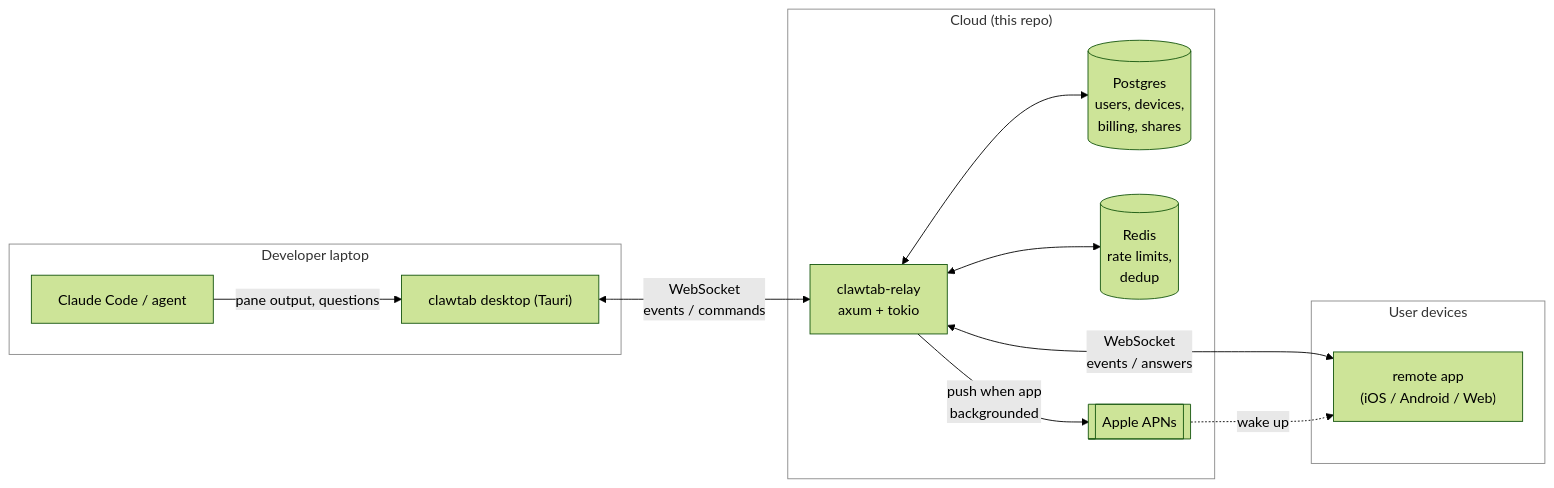
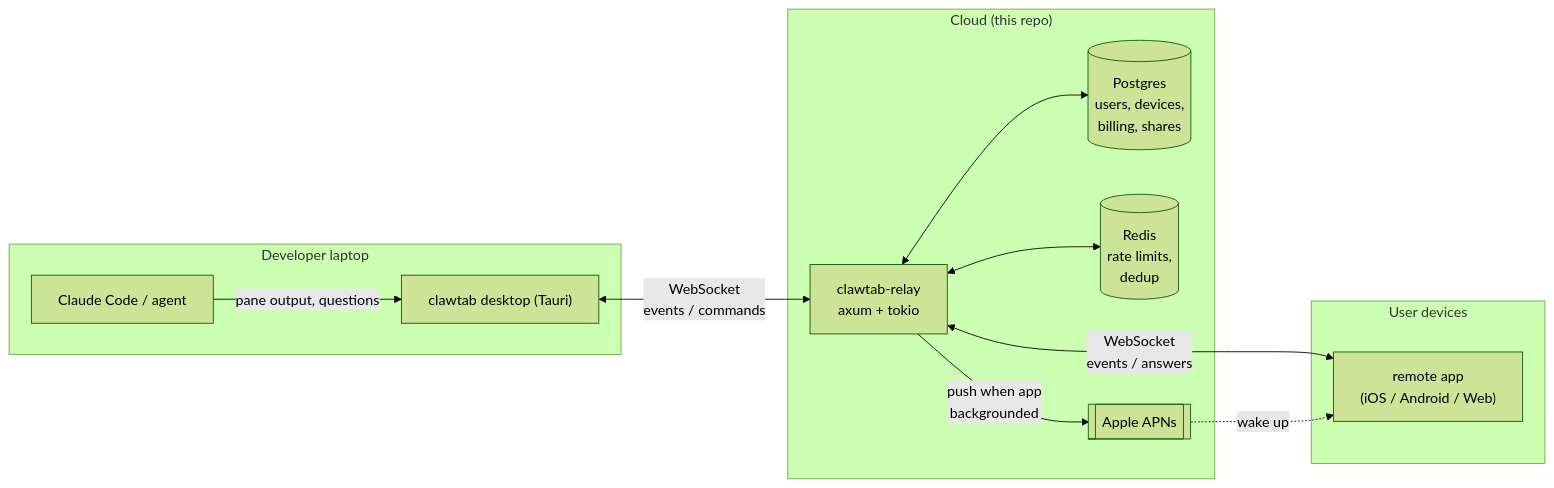
One commit to tonisives/clawtab changed the first of 2 diagrams in relay/README.md. Above: the diagram before and after it, drawn with Mermaid (forest theme). The commit also changed other lines of this file and 1 other file, not shown here.

````diff
--- a/relay/README.md
+++ b/relay/README.md
@@ -11,29 +11,26 @@
 ```mermaid
 flowchart LR
     subgraph Laptop["Developer laptop"]
         Claude["Claude Code / agent"]
         Desktop["clawtab desktop (Tauri)"]
         Claude -- "pane output, questions" --> Desktop
     end
 
     subgraph Cloud["Cloud (this repo)"]
         Relay["clawtab-relay<br/>axum + tokio"]
         PG[("Postgres<br/>users, devices,<br/>billing, shares")]
         Redis[("Redis<br/>rate limits,<br/>dedup")]
         APNs[["Apple APNs"]]
         Relay <--> PG
         Relay <--> Redis
         Relay -- "push when app<br/>backgrounded" --> APNs
     end
 
     subgraph User["User devices"]
         Mobile["remote app<br/>(iOS / Android / Web)"]
     end
 
     Desktop <-- "WebSocket<br/>events / commands" --> Relay
     Relay <-- "WebSocket<br/>events / answers" --> Mobile
     APNs -. "wake up" .-> Mobile
-
-    classDef cluster fill:transparent,stroke:#888
-    class Laptop,Cloud,User cluster
 ```
````
